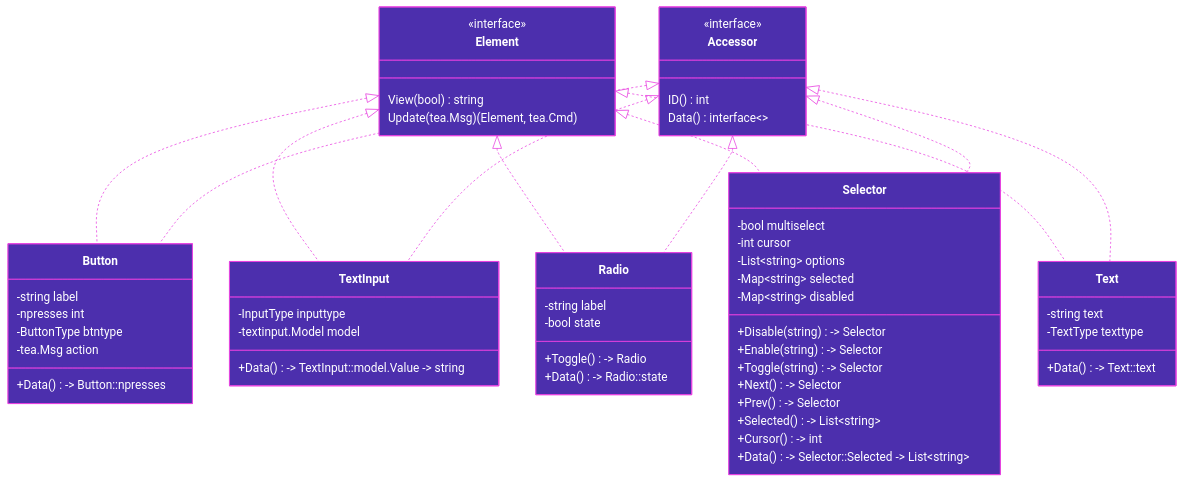
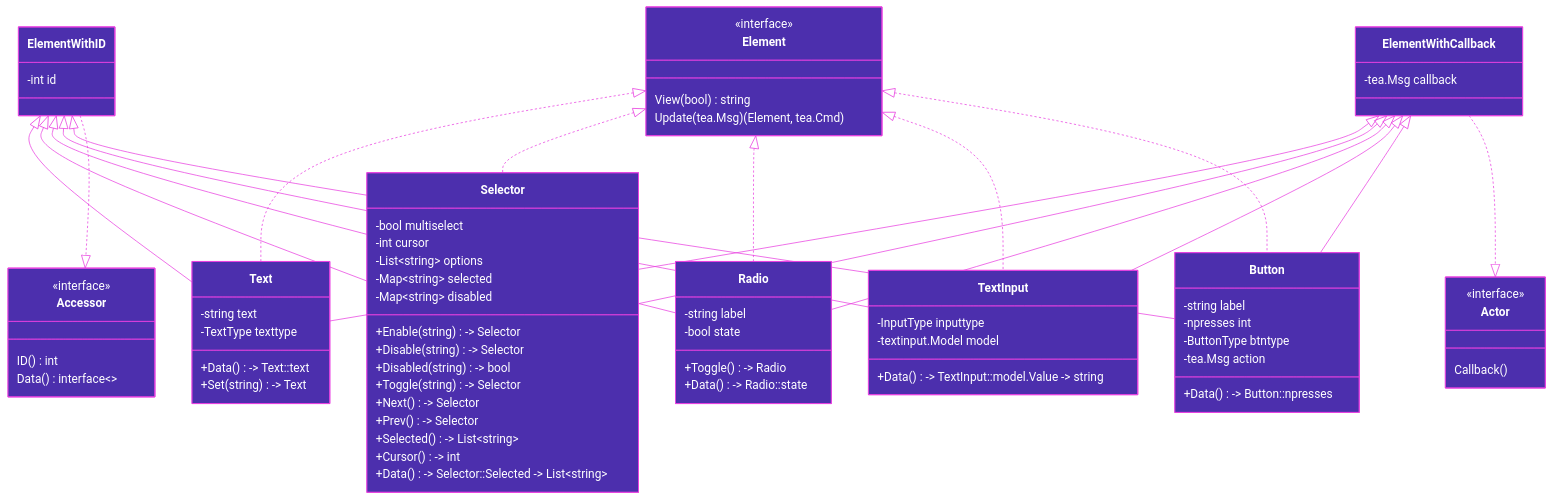
One commit to haykh/tuigo changed the third of 3 diagrams in README.md. Above: the diagram before and after it, drawn with Mermaid. The commit also changed 13 other files, not shown here.

````diff
--- a/README.md
+++ b/README.md
@@ -167,11 +167,26 @@
     Data() interface<>
   }
 
+  class Actor {
+    <<interface>>
+    Callback()
+  }
+
   class Element {
     <<interface>>
     View(bool) string
     Update(tea.Msg) (Element, tea.Cmd)
   }
+
+  class ElementWithID {
+    -int id
+  }
+
+  class ElementWithCallback {
+    -tea.Msg callback
+  }
+  ElementWithID ..|> Accessor
+  ElementWithCallback ..|> Actor
 
   class Button {
     -string label
@@ -180,12 +195,18 @@
     -tea.Msg action
     +Data() -> Button::npresses
   }
+  ElementWithID <|-- Button
+  ElementWithCallback <|-- Button
+  Element <|.. Button
 
   class TextInput {
     -InputType inputtype
     -textinput.Model model    
     +Data() -> TextInput::model.Value -> string
   }
+  ElementWithID <|-- TextInput
+  ElementWithCallback <|-- TextInput
+  Element <|.. TextInput
 
   class Radio {
 	  -string label
@@ -193,6 +214,9 @@
     +Toggle() -> Radio
     +Data() -> Radio::state
   }
+  ElementWithID <|-- Radio
+  ElementWithCallback <|-- Radio
+  Element <|.. Radio
 
   class Selector {
     -bool multiselect
@@ -200,8 +224,9 @@
     -List~string~ options
     -Map~string~ selected
     -Map~string~ disabled
+    +Enable(string) -> Selector
     +Disable(string) -> Selector
-    +Enable(string) -> Selector
+    +Disabled(string) -> bool
     +Toggle(string) -> Selector
     +Next() -> Selector
     +Prev() -> Selector
@@ -209,21 +234,17 @@
     +Cursor() -> int
     +Data() -> Selector::Selected -> List~string~
   }
+  Element <|.. Selector
+  ElementWithID <|-- Selector
+  ElementWithCallback <|-- Selector
 
   class Text {
     -string text
     -TextType texttype
     +Data() -> Text::text
+    +Set(string) -> Text
   }
-
-  Element <|.. Button
-  Accessor <|.. Button
-  Element <|.. TextInput
-  Accessor <|.. TextInput
-  Element <|.. Radio
-  Accessor <|.. Radio
-  Element <|.. Selector
-  Accessor <|.. Selector
+  ElementWithID <|-- Text
+  ElementWithCallback <|-- Text
   Element <|.. Text
-  Accessor <|.. Text
 ```
````
